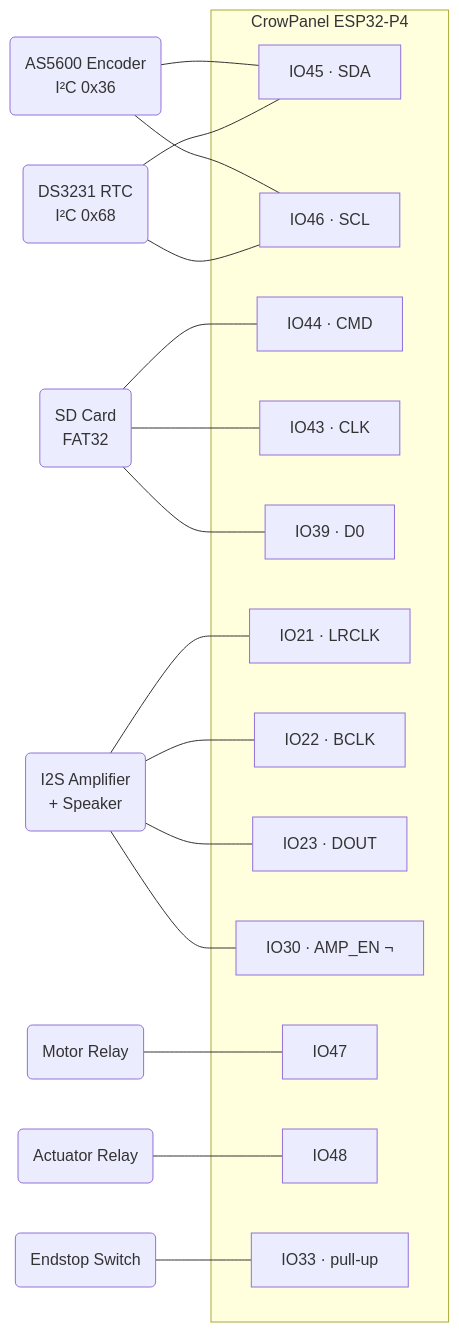
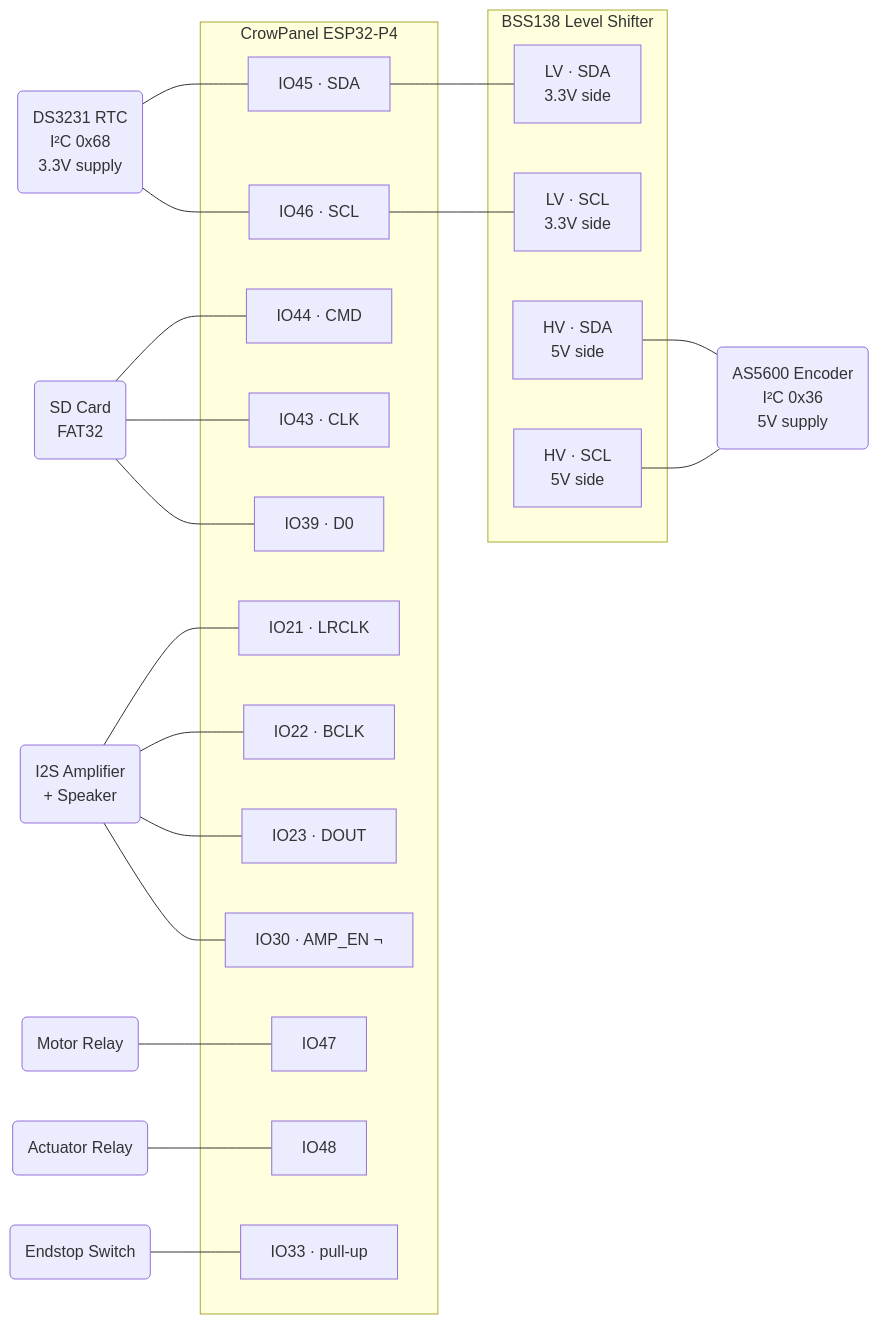
One commit to janreinhartp/DigitalCharpyImpactTestingMachine changed the diagram in README.md. Above: the diagram before and after it, drawn with Mermaid. The commit also changed other lines of this file, not shown here.

Commit message:
Update README with detailed component specifications and wiring diagram enhancements

````diff
--- a/README.md
+++ b/README.md
@@ -20,40 +21,49 @@
 ```mermaid
 graph LR
-    AS5600("AS5600 Encoder\nI²C 0x36")
-    DS3231("DS3231 RTC\nI²C 0x68")
+    AS5600("AS5600 Encoder\nI²C 0x36\n5V supply")
+    DS3231("DS3231 RTC\nI²C 0x68\n3.3V supply")
     SD("SD Card\nFAT32")
     AMP("I2S Amplifier\n+ Speaker")
     MOTOR("Motor Relay")
     ACTUATOR("Actuator Relay")
     ENDSTOP("Endstop Switch")
+
+    subgraph LS ["BSS138 Level Shifter"]
+        LV_SDA["LV · SDA\n3.3V side"]
+        LV_SCL["LV · SCL\n3.3V side"]
+        HV_SDA["HV · SDA\n5V side"]
+        HV_SCL["HV · SCL\n5V side"]
+    end
 
     subgraph ESP32P4 ["CrowPanel ESP32-P4"]
         I2C_SDA["IO45 · SDA"]
         I2C_SCL["IO46 · SCL"]
         SD_CMD["IO44 · CMD"]
         SD_CLK["IO43 · CLK"]
         SD_D0["IO39 · D0"]
         I2S_LR["IO21 · LRCLK"]
         I2S_BCLK["IO22 · BCLK"]
         I2S_DOUT["IO23 · DOUT"]
         AMP_EN["IO30 · AMP_EN ¬"]
         IO47["IO47"]
         IO48["IO48"]
         IO33["IO33 · pull-up"]
     end
 
-    AS5600 --- I2C_SDA
-    AS5600 --- I2C_SCL
+    I2C_SDA --- LV_SDA
+    I2C_SCL --- LV_SCL
+    HV_SDA --- AS5600
+    HV_SCL --- AS5600
     DS3231 --- I2C_SDA
     DS3231 --- I2C_SCL
     SD --- SD_CMD
     SD --- SD_CLK
     SD --- SD_D0
     AMP --- I2S_LR
     AMP --- I2S_BCLK
     AMP --- I2S_DOUT
     AMP --- AMP_EN
     MOTOR --- IO47
     ACTUATOR --- IO48
     ENDSTOP --- IO33
 ```
````
